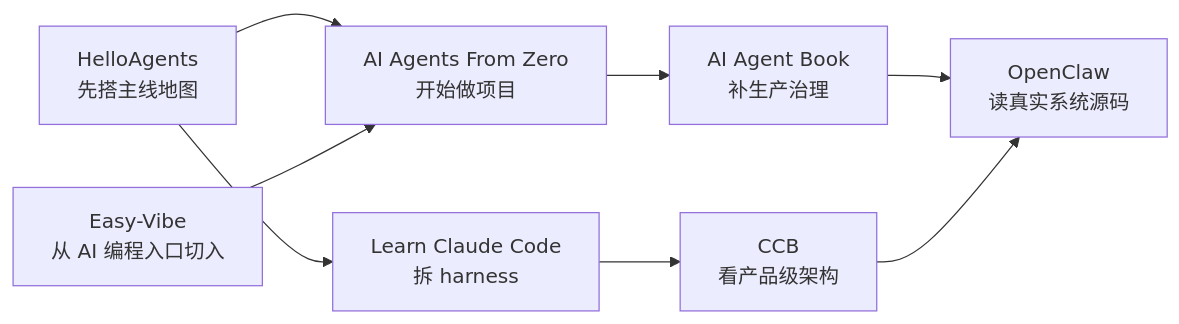
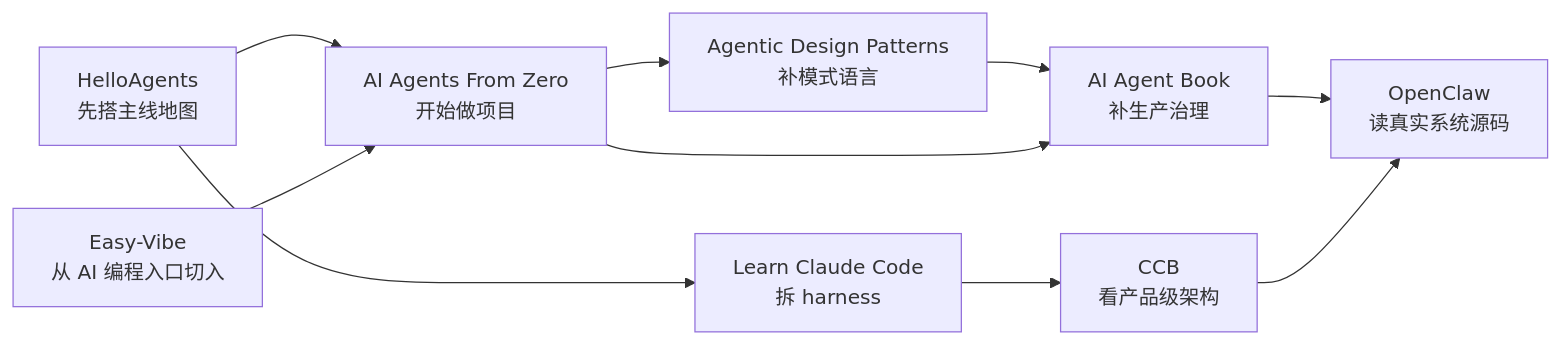
One commit to xiaomingtx12/nice-ai-agent-study-resources changed the diagram in docs/resources/index.md. Above: the diagram before and after it, drawn with Mermaid. The commit also changed other lines of this file and 15 other files, not shown here.

First line of the commit message:
docs(resources): 添加 Agentic Design Patterns 资源介绍与配置

````diff
--- a/docs/resources/index.md
+++ b/docs/resources/index.md
@@ -23,18 +23,21 @@
 ```mermaid
 flowchart LR
   H["HelloAgents<br/>先搭主线地图"]
   Z["AI Agents From Zero<br/>开始做项目"]
   E["Easy-Vibe<br/>从 AI 编程入口切入"]
   L["Learn Claude Code<br/>拆 harness"]
   C["CCB<br/>看产品级架构"]
+  A["Agentic Design Patterns<br/>补模式语言"]
   B["AI Agent Book<br/>补生产治理"]
   O["OpenClaw<br/>读真实系统源码"]
 
   H --> Z
   H --> L
   E --> Z
   L --> C
+  Z --> A
+  A --> B
   Z --> B
   B --> O
   C --> O
 ```
````
